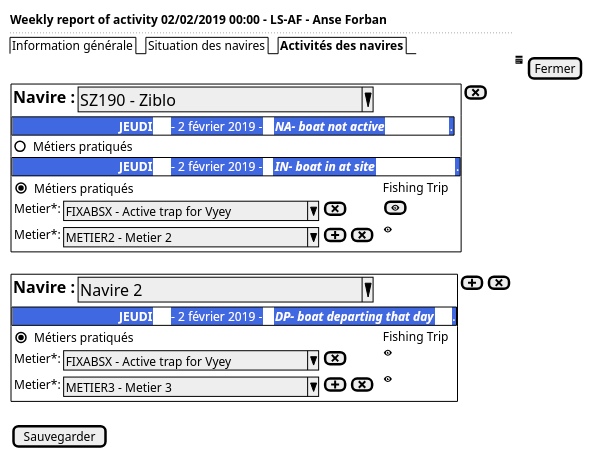
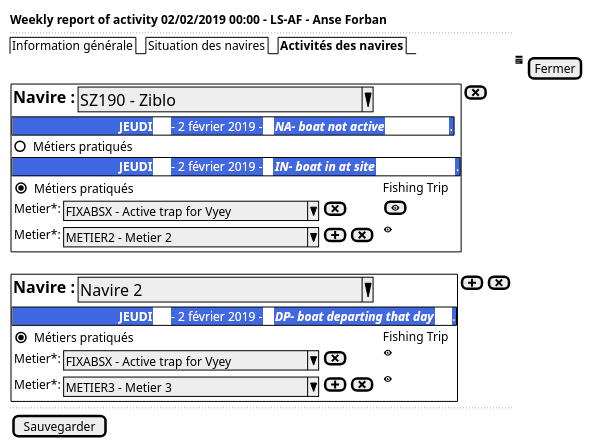
One commit to sumaris-net/sumaris-doc changed the diagram in use-case/collect/weekly/weekly-ui-activity-tablet-day.puml. Above: the diagram before and after it, drawn with PlantUML. The commit also changed 4 other files, not shown here.

```diff
--- a/use-case/collect/weekly/weekly-ui-activity-tablet-day.puml
+++ b/use-case/collect/weekly/weekly-ui-activity-tablet-day.puml
@@ -1,35 +1,35 @@
 @startsalt
 {
   <b>Weekly report of activity 02/02/2019 00:00 - LS-AF - Anse Forban
   ..
   {/ Information générale | Situation des navires | <b>Activités des navires }
   .| <&calendar> | [Fermer]
   {{+
     { <size:16><b>Navire :            | { ^<size:16>SZ190 - Ziblo                      ^ }}
     {+<back:RoyalBlue>                                  <color:white><b>JEUDI</b>      - 2 février 2019 -    <b><i>NA- boat not active</b>                     .}
     {() Métiers pratiqués }
     {+<back:RoyalBlue>                                  <color:white><b>JEUDI</b>      - 2 février 2019 -    <b><i>IN- boat in at site</b>                          .}
     {
     {(X) Métiers pratiqués } .|Fishing Trip
 
         {Metier*:        | { ^FIXABSX - Active trap for Vyey^ } | [<&x>]} |.| [<&eye>]
 
         {Metier*:        | { ^METIER2 - Metier 2            ^ }  | [<&plus>]| [<&x>]} |.| <&eye>
     }
   } [<&x>]}
   .
   {{+
 
   { <size:16><b>Navire :            | { ^<size:16>Navire 2                           ^ }}
     {+<back:RoyalBlue>                                  <color:white><b>JEUDI</b>      - 2 février 2019 -    <b><i>DP- boat departing that day</b>      .}
   {
     {(X) Métiers pratiqués } .|Fishing Trip
         {Metier*:        | { ^FIXABSX - Active trap for Vyey^ } | [<&x>]} |.| <&eye>
 
         {Metier*:        | { ^METIER3 - Metier 3            ^ }  | [<&plus>]| [<&x>]} |.| <&eye>
   }
   } [<&plus>] | [<&x>]}
-  .
+  ..
   {[Sauvegarder]}
 }
 @endsalt
```
